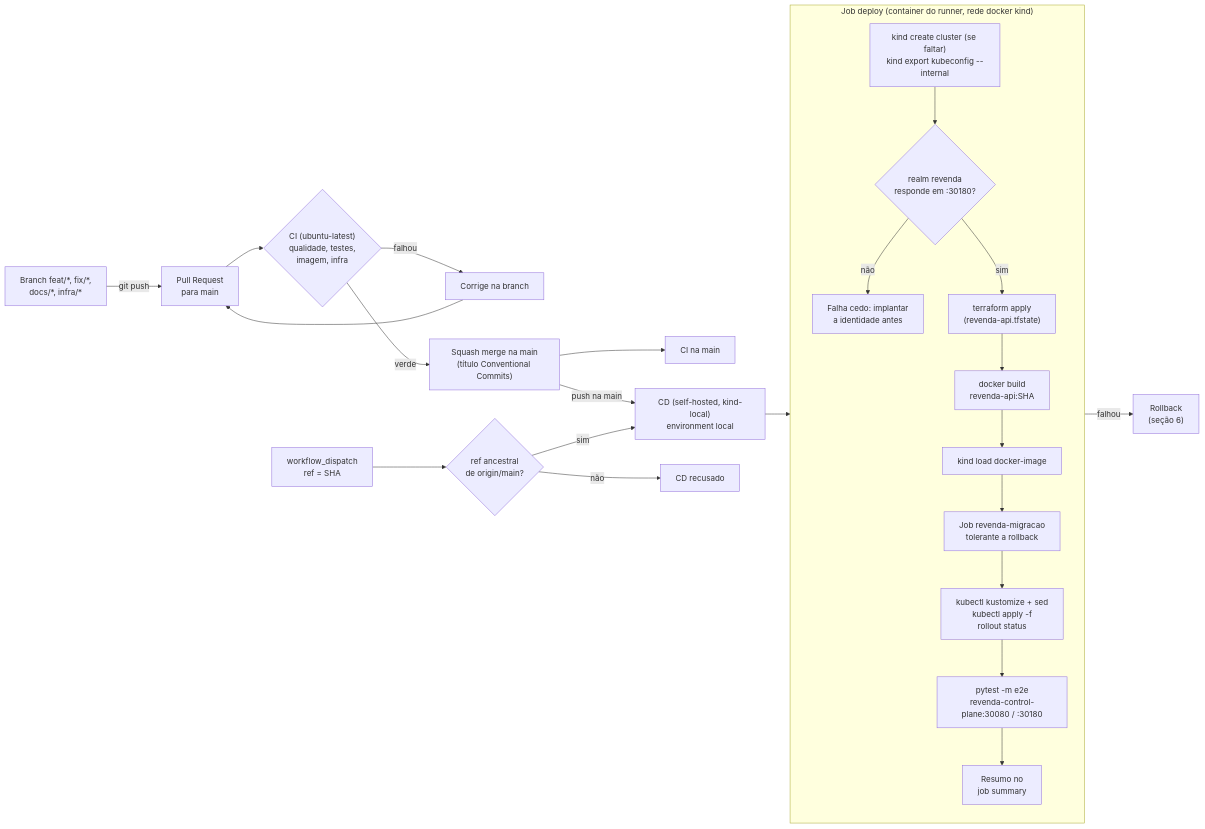
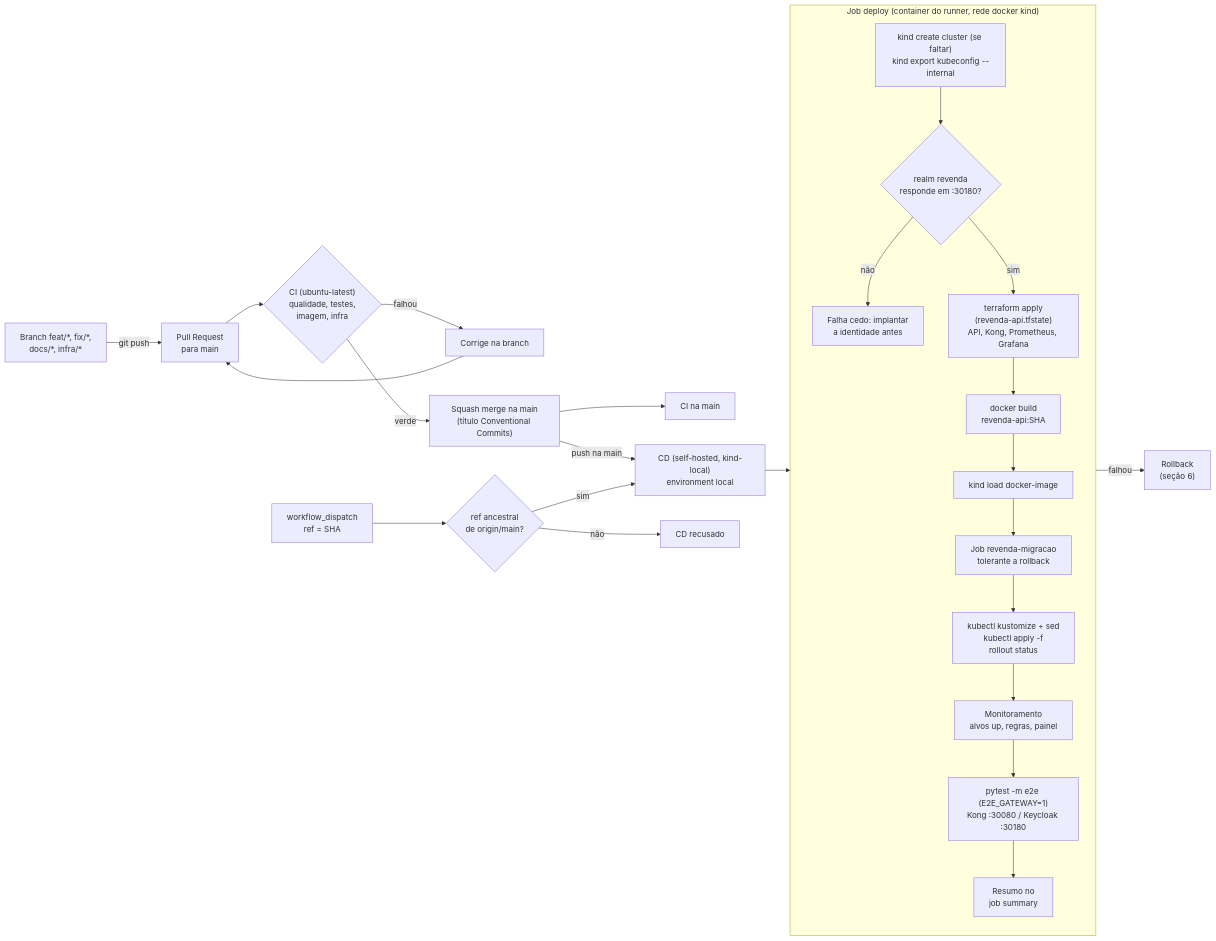
The diagram in docs/08-ci-cd-infra.md (Caina-Climaco/fiap-soat-revenda-veiculos), drawn with Mermaid before and after one commit. The commit also changed other lines of this file and 41 other files, not shown here.

First line of the commit message:
feat: API Gateway Kong e monitoramento com Prometheus e Grafana (ADR-015, ADR-016) (#9)

````diff
--- a/docs/08-ci-cd-infra.md
+++ b/docs/08-ci-cd-infra.md
@@ -140,21 +144,21 @@
 ```mermaid
 flowchart LR
   dev["Branch feat/*, fix/*,<br/>docs/*, infra/*"] -->|"git push"| pr["Pull Request<br/>para main"]
   pr --> ci{"CI (ubuntu-latest)<br/>qualidade, testes,<br/>imagem, infra"}
   ci -->|"falhou"| fix["Corrige na branch"] --> pr
   ci -->|"verde"| merge["Squash merge na main<br/>(título Conventional Commits)"]
   merge --> ci2["CI na main"]
   merge -->|"push na main"| cd["CD (self-hosted, kind-local)<br/>environment local"]
   disp["workflow_dispatch<br/>ref = SHA"] --> val{"ref ancestral<br/>de origin/main?"}
   val -->|"não"| recusa["CD recusado"]
   val -->|"sim"| cd
   subgraph CDJOB["Job deploy (container do runner, rede docker kind)"]
     direction TB
     kc["kind create cluster (se faltar)<br/>kind export kubeconfig --internal"] --> idc{"realm revenda<br/>responde em :30180?"}
     idc -->|"não"| idf["Falha cedo: implantar<br/>a identidade antes"]
-    idc -->|"sim"| tf["terraform apply<br/>(revenda-api.tfstate)"] --> build["docker build<br/>revenda-api:SHA"] --> load["kind load docker-image"]
-    load --> mig["Job revenda-migracao<br/>tolerante a rollback"] --> roll["kubectl kustomize + sed<br/>kubectl apply -f<br/>rollout status"] --> e2e["pytest -m e2e<br/>revenda-control-plane:30080 / :30180"] --> sum["Resumo no<br/>job summary"]
+    idc -->|"sim"| tf["terraform apply<br/>(revenda-api.tfstate)<br/>API, Kong, Prometheus, Grafana"] --> build["docker build<br/>revenda-api:SHA"] --> load["kind load docker-image"]
+    load --> mig["Job revenda-migracao<br/>tolerante a rollback"] --> roll["kubectl kustomize + sed<br/>kubectl apply -f<br/>rollout status"] --> mon["Monitoramento<br/>alvos up, regras, painel"] --> e2e["pytest -m e2e (E2E_GATEWAY=1)<br/>Kong :30080 / Keycloak :30180"] --> sum["Resumo no<br/>job summary"]
   end
   cd --> kc
   e2e -->|"falhou"| rb["Rollback<br/>(seção 6)"]
 ```
````
